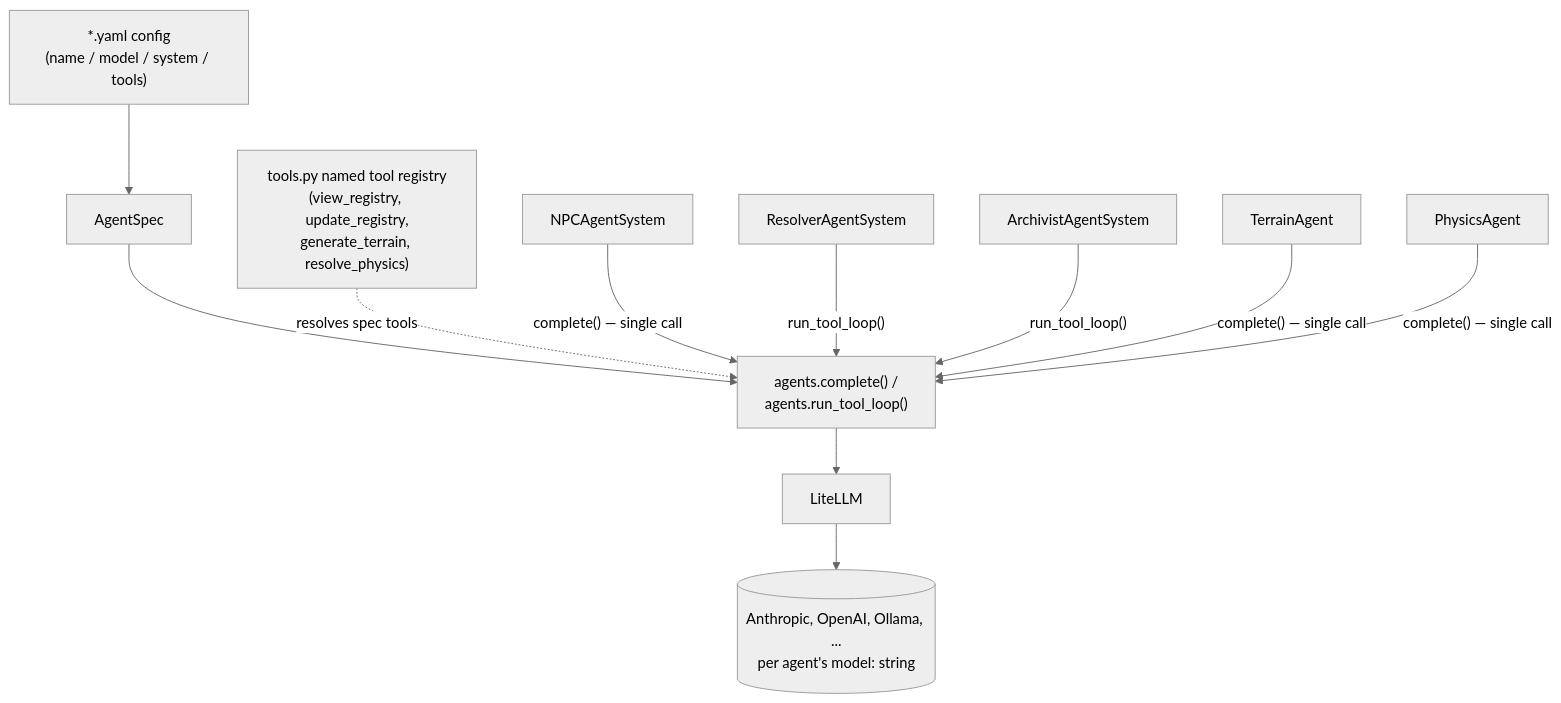
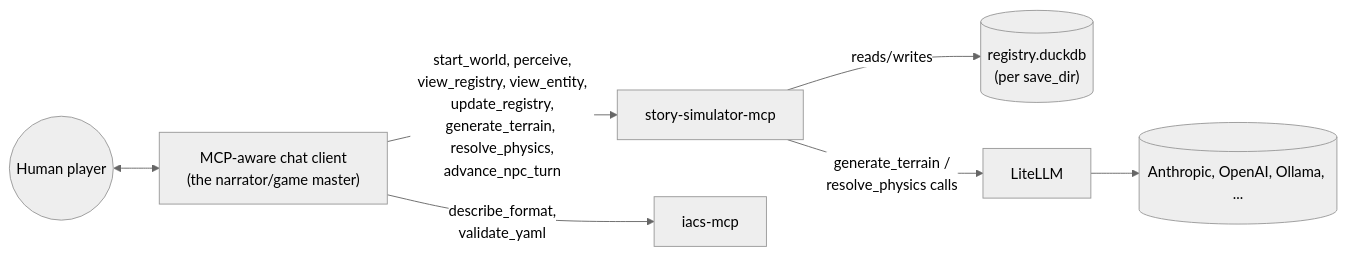
Before and after one commit to zhafen/story-simulator: the first of 2 diagrams in docs/architecture.md, drawn with Mermaid (neutral theme). The commit also changed other lines of this file and 14 other files, not shown here.

````diff
--- a/docs/architecture.md
+++ b/docs/architecture.md
@@ -58,15 +12,9 @@
 ```mermaid
-flowchart TB
-    YAML["*.yaml config<br/>(name / model / system / tools)"] --> Spec[AgentSpec]
-    Spec --> Call["agents.complete() /<br/>agents.run_tool_loop()"]
-    Call --> LiteLLM
-    LiteLLM --> Provider[("Anthropic, OpenAI, Ollama, ...<br/>per agent's model: string")]
-
-    Registry["tools.py named tool registry<br/>(view_registry, update_registry,<br/>generate_terrain, resolve_physics)"] -.->|"resolves spec tools"| Call
-
-    NPCSys[NPCAgentSystem] -->|"complete() — single call"| Call
-    Resolver[ResolverAgentSystem] -->|"run_tool_loop()"| Call
-    Archivist[ArchivistAgentSystem] -->|"run_tool_loop()"| Call
-    Terrain[TerrainAgent] -->|"complete() — single call"| Call
-    Physics[PhysicsAgent] -->|"complete() — single call"| Call
+flowchart LR
+    Human(("Human player")) <--> Client["MCP-aware chat client<br/>(the narrator/game master)"]
+    Client -- "start_world, perceive,<br/>view_registry, view_entity,<br/>update_registry,<br/>generate_terrain, resolve_physics,<br/>advance_npc_turn" --> Server["story-simulator-mcp"]
+    Client -- "describe_format,<br/>validate_yaml" --> Iacs["iacs-mcp"]
+    Server -- "reads/writes" --> DB[("registry.duckdb<br/>(per save_dir)")]
+    Server -- "generate_terrain /<br/>resolve_physics calls" --> LiteLLM
+    LiteLLM --> Provider[("Anthropic, OpenAI, Ollama, ...")]
 ```
````
